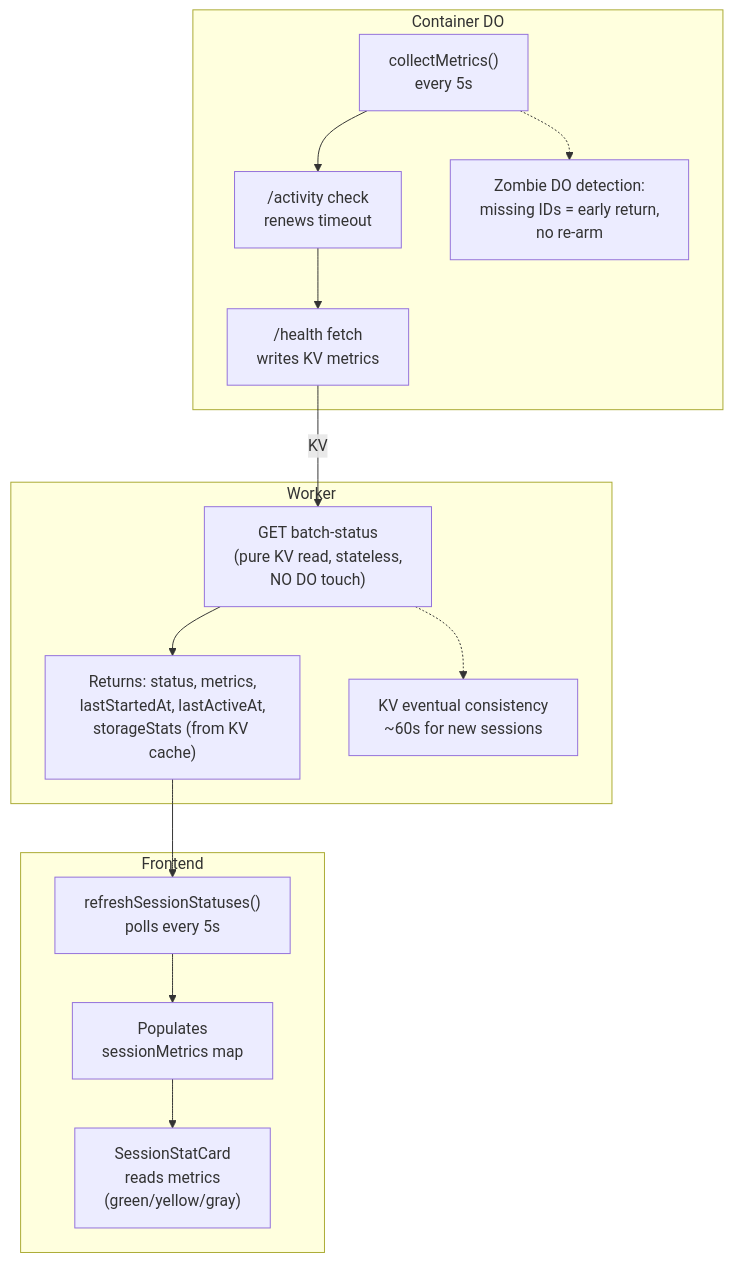
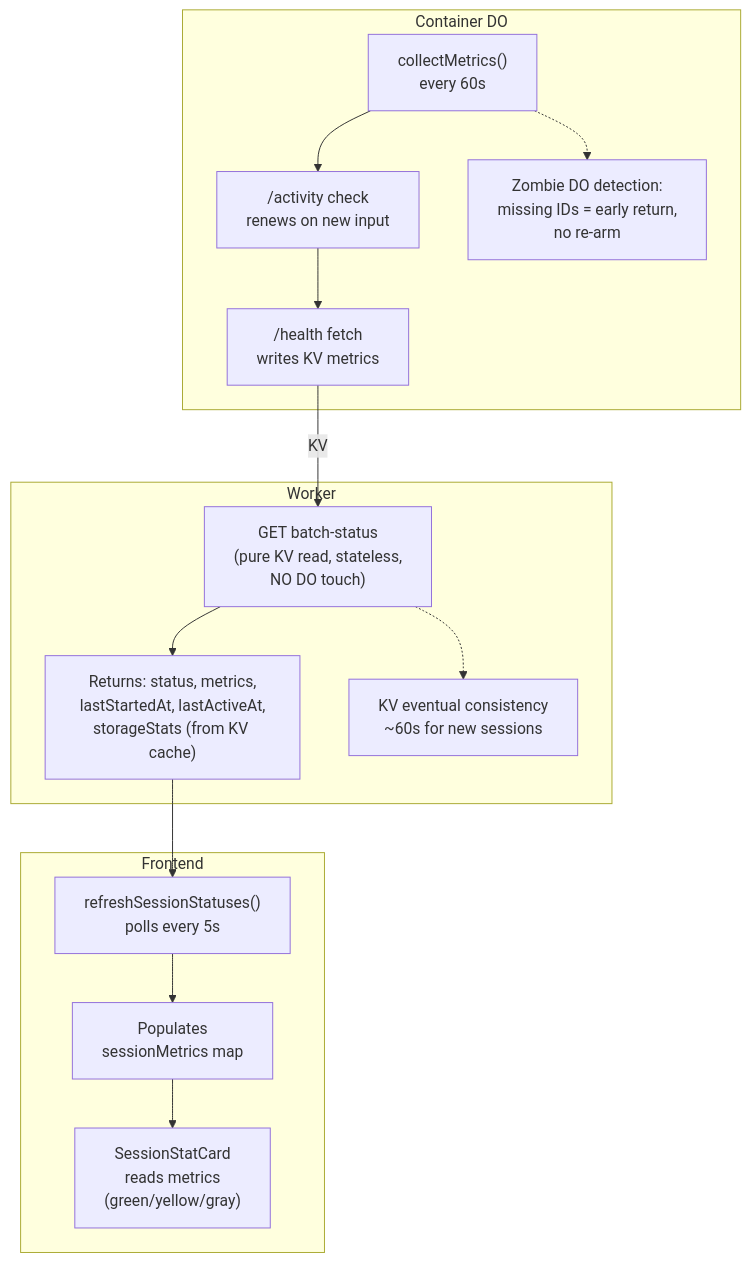
One commit to nikolanovoselec/codeflare changed the tenth of 14 diagrams in TECHNICAL.md. Above: the diagram before and after it, drawn with Mermaid. The commit also changed other lines of this file and 5 other files, not shown here.

````diff
--- a/TECHNICAL.md
+++ b/TECHNICAL.md
@@ -467,29 +460,29 @@
 ```mermaid
 flowchart TD
     subgraph ContainerDO["Container DO"]
-        A1["collectMetrics()<br/>every 5s"]
-        A2["/activity check<br/>renews timeout"]
+        A1["collectMetrics()<br/>every 60s"]
+        A2["/activity check<br/>renews on new input"]
         A3["/health fetch<br/>writes KV metrics"]
         A4["Zombie DO detection:<br/>missing IDs = early return,<br/>no re-arm"]
         A1 --> A2 --> A3
         A1 -.-> A4
     end
 
     subgraph Worker["Worker"]
         B1["GET batch-status<br/>(pure KV read, stateless,<br/>NO DO touch)"]
         B2["Returns: status, metrics,<br/>lastStartedAt, lastActiveAt,<br/>storageStats (from KV cache)"]
         B3["KV eventual consistency<br/>~60s for new sessions"]
         B1 --> B2
         B1 -.-> B3
     end
 
     subgraph Frontend["Frontend"]
         C1["refreshSessionStatuses()<br/>polls every 5s"]
         C2["Populates<br/>sessionMetrics map"]
         C3["SessionStatCard<br/>reads metrics<br/>(green/yellow/gray)"]
         C1 --> C2 --> C3
     end
 
     A3 -->|KV| B1
     B2 --> C1
 ```
````
